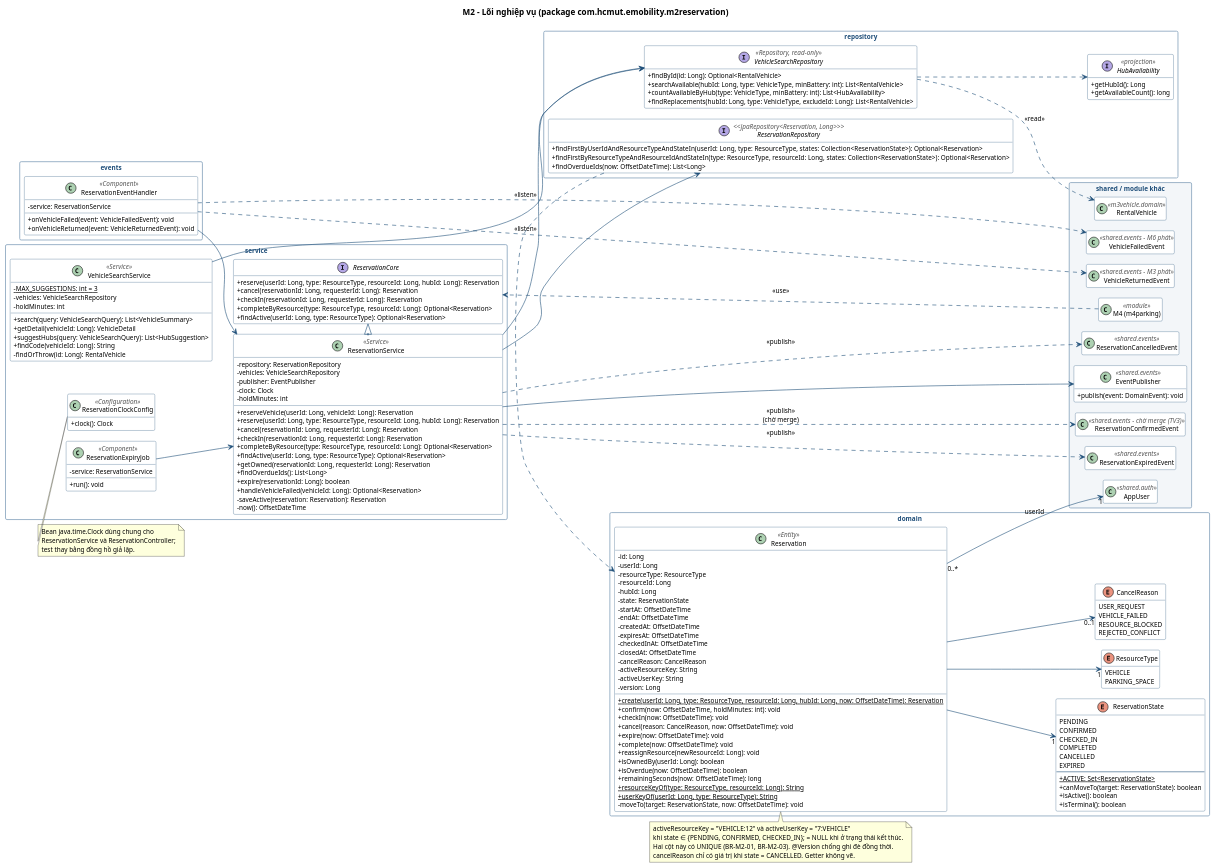
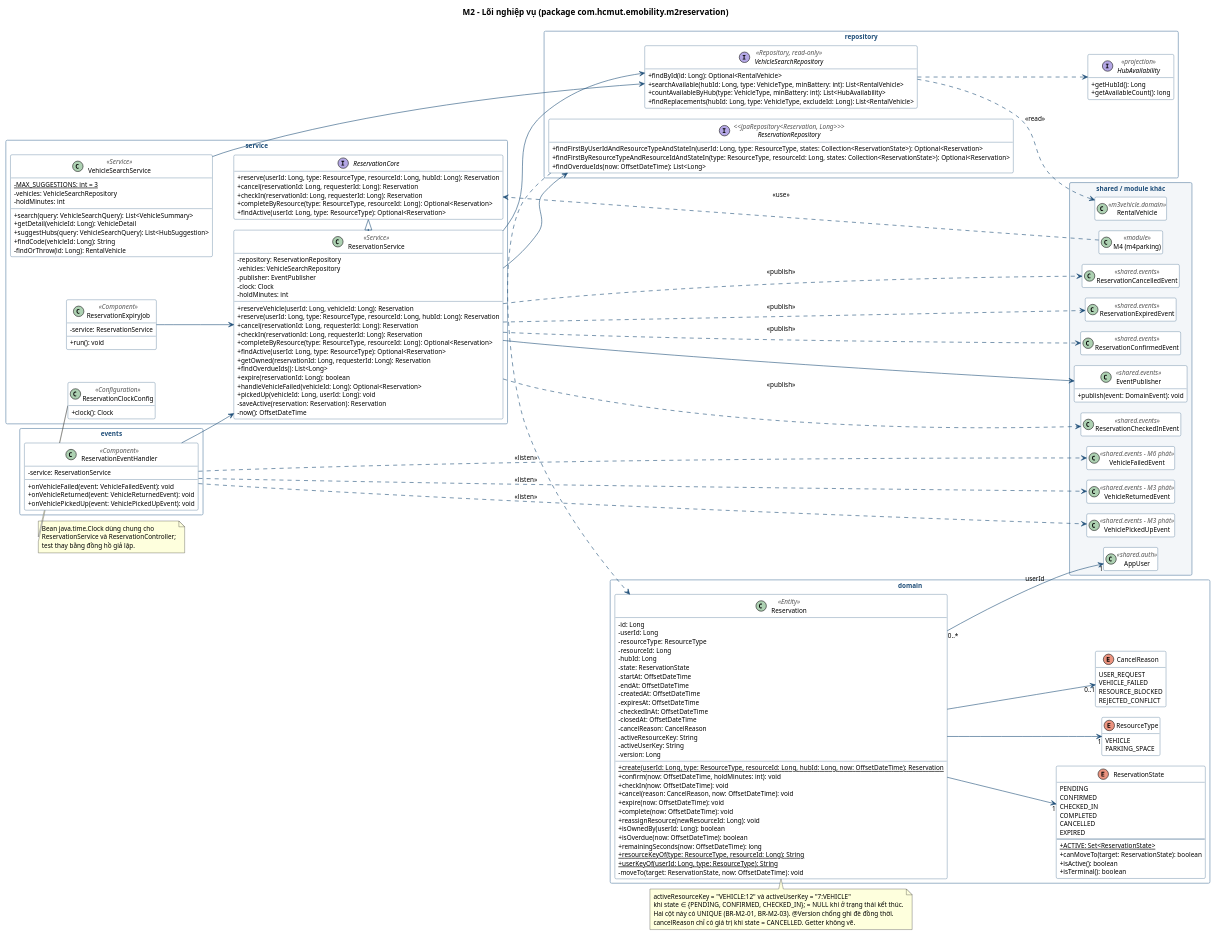
Before and after one commit to Jennie3306/smart-emobility-hub: the diagram in docs/architecture/m2_class_core.puml, drawn with PlantUML. The commit also changed 16 other files, not shown here.

```diff
--- a/docs/architecture/m2_class_core.puml
+++ b/docs/architecture/m2_class_core.puml
@@ -1,191 +1,197 @@
 @startuml m2_class_core
 !pragma layout smetana
 skinparam classAttributeIconSize 0
 skinparam packageStyle rectangle
 skinparam shadowing false
 skinparam defaultFontSize 11
 skinparam class {
   BackgroundColor #FFFFFF
   BorderColor #1F4E79
   ArrowColor #1F4E79
   StereotypeFontColor #555555
 }
 skinparam package {
   BorderColor #8EA9C1
   FontColor #1F4E79
 }
 hide empty members
 left to right direction
 title M2 – Lõi nghiệp vụ (package com.hcmut.emobility.m2reservation)
 
 package "service" {
   interface ReservationCore {
     + reserve(userId: Long, type: ResourceType, resourceId: Long, hubId: Long): Reservation
     + cancel(reservationId: Long, requesterId: Long): Reservation
     + checkIn(reservationId: Long, requesterId: Long): Reservation
     + completeByResource(type: ResourceType, resourceId: Long): Optional<Reservation>
     + findActive(userId: Long, type: ResourceType): Optional<Reservation>
   }
   class ReservationService <<Service>> {
     - repository: ReservationRepository
     - vehicles: VehicleSearchRepository
     - publisher: EventPublisher
     - clock: Clock
     - holdMinutes: int
     + reserveVehicle(userId: Long, vehicleId: Long): Reservation
     + reserve(userId: Long, type: ResourceType, resourceId: Long, hubId: Long): Reservation
     + cancel(reservationId: Long, requesterId: Long): Reservation
     + checkIn(reservationId: Long, requesterId: Long): Reservation
     + completeByResource(type: ResourceType, resourceId: Long): Optional<Reservation>
     + findActive(userId: Long, type: ResourceType): Optional<Reservation>
     + getOwned(reservationId: Long, requesterId: Long): Reservation
     + findOverdueIds(): List<Long>
     + expire(reservationId: Long): boolean
     + handleVehicleFailed(vehicleId: Long): Optional<Reservation>
+    + pickedUp(vehicleId: Long, userId: Long): void
     - saveActive(reservation: Reservation): Reservation
     - now(): OffsetDateTime
   }
   class VehicleSearchService <<Service>> {
     - {static} MAX_SUGGESTIONS: int = 3
     - vehicles: VehicleSearchRepository
     - holdMinutes: int
     + search(query: VehicleSearchQuery): List<VehicleSummary>
     + getDetail(vehicleId: Long): VehicleDetail
     + suggestHubs(query: VehicleSearchQuery): List<HubSuggestion>
     + findCode(vehicleId: Long): String
     - findOrThrow(id: Long): RentalVehicle
   }
   class ReservationExpiryJob <<Component>> {
     - service: ReservationService
     + run(): void
   }
   class ReservationClockConfig <<Configuration>> {
     + clock(): Clock
   }
 }
 package "events" {
   class ReservationEventHandler <<Component>> {
     - service: ReservationService
     + onVehicleFailed(event: VehicleFailedEvent): void
     + onVehicleReturned(event: VehicleReturnedEvent): void
+    + onVehiclePickedUp(event: VehiclePickedUpEvent): void
   }
 }
 package "domain" {
   class Reservation <<Entity>> {
     - id: Long
     - userId: Long
     - resourceType: ResourceType
     - resourceId: Long
     - hubId: Long
     - state: ReservationState
     - startAt: OffsetDateTime
     - endAt: OffsetDateTime
     - createdAt: OffsetDateTime
     - expiresAt: OffsetDateTime
     - checkedInAt: OffsetDateTime
     - closedAt: OffsetDateTime
     - cancelReason: CancelReason
     - activeResourceKey: String
     - activeUserKey: String
     - version: Long
     + {static} create(userId: Long, type: ResourceType, resourceId: Long, hubId: Long, now: OffsetDateTime): Reservation
     + confirm(now: OffsetDateTime, holdMinutes: int): void
     + checkIn(now: OffsetDateTime): void
     + cancel(reason: CancelReason, now: OffsetDateTime): void
     + expire(now: OffsetDateTime): void
     + complete(now: OffsetDateTime): void
     + reassignResource(newResourceId: Long): void
     + isOwnedBy(userId: Long): boolean
     + isOverdue(now: OffsetDateTime): boolean
     + remainingSeconds(now: OffsetDateTime): long
     + {static} resourceKeyOf(type: ResourceType, resourceId: Long): String
     + {static} userKeyOf(userId: Long, type: ResourceType): String
     - moveTo(target: ReservationState, now: OffsetDateTime): void
   }
   enum ReservationState {
     PENDING
     CONFIRMED
     CHECKED_IN
     COMPLETED
     CANCELLED
     EXPIRED
     --
     + {static} ACTIVE: Set<ReservationState>
     + canMoveTo(target: ReservationState): boolean
     + isActive(): boolean
     + isTerminal(): boolean
   }
   enum ResourceType {
     VEHICLE
     PARKING_SPACE
   }
   enum CancelReason {
     USER_REQUEST
     VEHICLE_FAILED
     RESOURCE_BLOCKED
     REJECTED_CONFLICT
   }
 }
 package "repository" {
   interface ReservationRepository <<JpaRepository<Reservation, Long>>> {
     + findFirstByUserIdAndResourceTypeAndStateIn(userId: Long, type: ResourceType, states: Collection<ReservationState>): Optional<Reservation>
     + findFirstByResourceTypeAndResourceIdAndStateIn(type: ResourceType, resourceId: Long, states: Collection<ReservationState>): Optional<Reservation>
     + findOverdueIds(now: OffsetDateTime): List<Long>
   }
   interface VehicleSearchRepository <<Repository, read-only>> {
     + findById(id: Long): Optional<RentalVehicle>
     + searchAvailable(hubId: Long, type: VehicleType, minBattery: int): List<RentalVehicle>
     + countAvailableByHub(type: VehicleType, minBattery: int): List<HubAvailability>
     + findReplacements(hubId: Long, type: VehicleType, excludeId: Long): List<RentalVehicle>
   }
   interface HubAvailability <<projection>> {
     + getHubId(): Long
     + getAvailableCount(): long
   }
 }
 package "shared / module khác" #F3F6F9 {
   class EventPublisher <<shared.events>> {
     + publish(event: DomainEvent): void
   }
-  class ReservationConfirmedEvent <<shared.events – chờ merge (TV3)>>
+  class ReservationConfirmedEvent <<shared.events>>
+  class ReservationCheckedInEvent <<shared.events>>
   class ReservationCancelledEvent <<shared.events>>
   class ReservationExpiredEvent <<shared.events>>
   class VehicleFailedEvent <<shared.events – M6 phát>>
   class VehicleReturnedEvent <<shared.events – M3 phát>>
+  class VehiclePickedUpEvent <<shared.events – M3 phát>>
   class RentalVehicle <<m3vehicle.domain>>
   class AppUser <<shared.auth>>
   class "M4 (m4parking)" as M4 <<module>>
 }
 ReservationService .right.|> ReservationCore
 M4 ..> ReservationCore : <<use>>
 VehicleSearchService --> VehicleSearchRepository
 ReservationService -down-> ReservationRepository
 ReservationService --> VehicleSearchRepository
 ReservationService --> EventPublisher
 ReservationExpiryJob --> ReservationService
 ReservationEventHandler --> ReservationService
 ReservationEventHandler ..> VehicleFailedEvent : <<listen>>
 ReservationEventHandler ..> VehicleReturnedEvent : <<listen>>
-ReservationService ..> ReservationConfirmedEvent : <<publish>>\n(chờ merge)
+ReservationEventHandler ..> VehiclePickedUpEvent : <<listen>>
+ReservationService ..> ReservationConfirmedEvent : <<publish>>
+ReservationService ..> ReservationCheckedInEvent : <<publish>>
 ReservationService ..> ReservationCancelledEvent : <<publish>>
 ReservationService ..> ReservationExpiredEvent : <<publish>>
 ReservationRepository .down.> Reservation
 VehicleSearchRepository ..> RentalVehicle : <<read>>
 VehicleSearchRepository ..> HubAvailability
 Reservation --> "1" ReservationState
 Reservation --> "1" ResourceType
 Reservation --> "0..1" CancelReason
 Reservation "0..*" --> "1" AppUser : userId
 note bottom of Reservation
   activeResourceKey = "VEHICLE:12" và activeUserKey = "7:VEHICLE"
   khi state ∈ {PENDING, CONFIRMED, CHECKED_IN}; = NULL khi ở trạng thái kết thúc.
   Hai cột này có UNIQUE (BR-M2-01, BR-M2-03). @Version chống ghi đè đồng thời.
   cancelReason chỉ có giá trị khi state = CANCELLED. Getter không vẽ.
 end note
 note bottom of ReservationClockConfig
   Bean java.time.Clock dùng chung cho
   ReservationService và ReservationController;
   test thay bằng đồng hồ giả lập.
 end note
 
 @enduml
```
